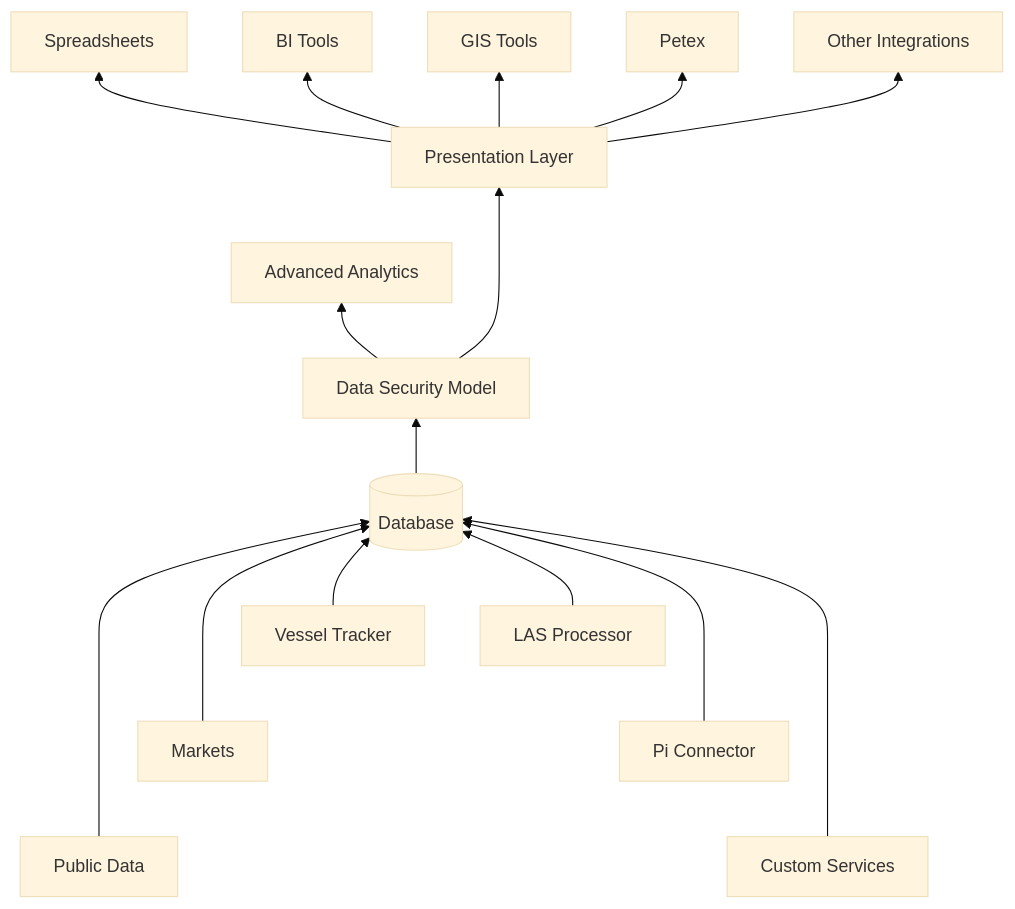
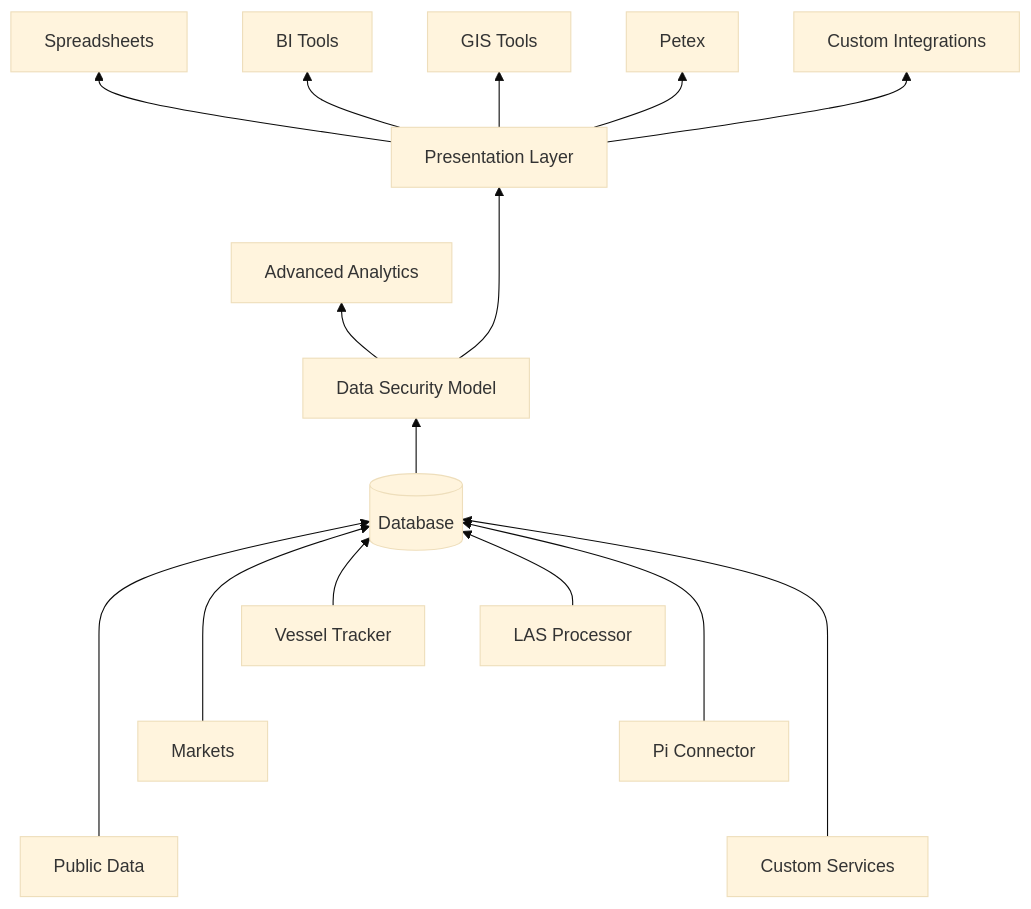
One commit to nick-dorsch/blog changed the first of 6 diagrams in posts/databasin/index.qmd. Above: the diagram before and after it, drawn with Mermaid (base theme). The commit also changed other lines of this file and 3 other files, not shown here.

````diff
--- a/posts/databasin/index.qmd
+++ b/posts/databasin/index.qmd
@@ -106,36 +117,36 @@
 ```{mermaid}
 flowchart BT
     public_data[Public Data]
     market_data_etl[Markets]
     aisstream_tanker_tracker[Vessel Tracker]
     las_processor[LAS Processor]
     pi[Pi Connector]
     services[Custom Services]
 
     postgres[(Database)]
     security[Data Security Model]
     presentation[Presentation Layer]
 
     bi[BI Tools]
     gis[GIS Tools]
     excel[Spreadsheets]
     petex[Petex]
-    integration[Other Integrations]
+    integration[Custom Integrations]
     analytics[Advanced Analytics]
 
     security --> analytics
 
     public_data ----> postgres
     market_data_etl ---> postgres
     aisstream_tanker_tracker --> postgres
     las_processor --> postgres
     pi ---> postgres
     services ----> postgres
 
     postgres --> security ---> presentation
     presentation --> excel
     presentation --> bi
     presentation --> gis
     presentation --> petex
     presentation --> integration
 ```
````
